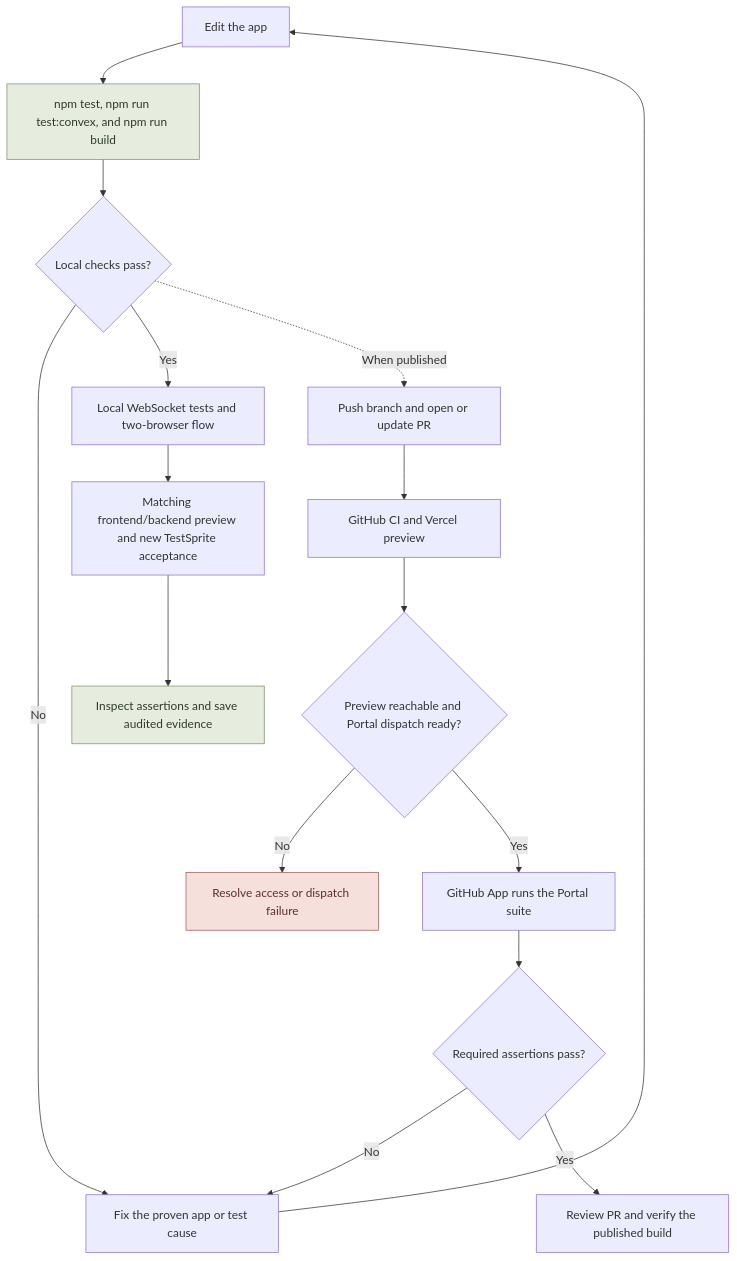
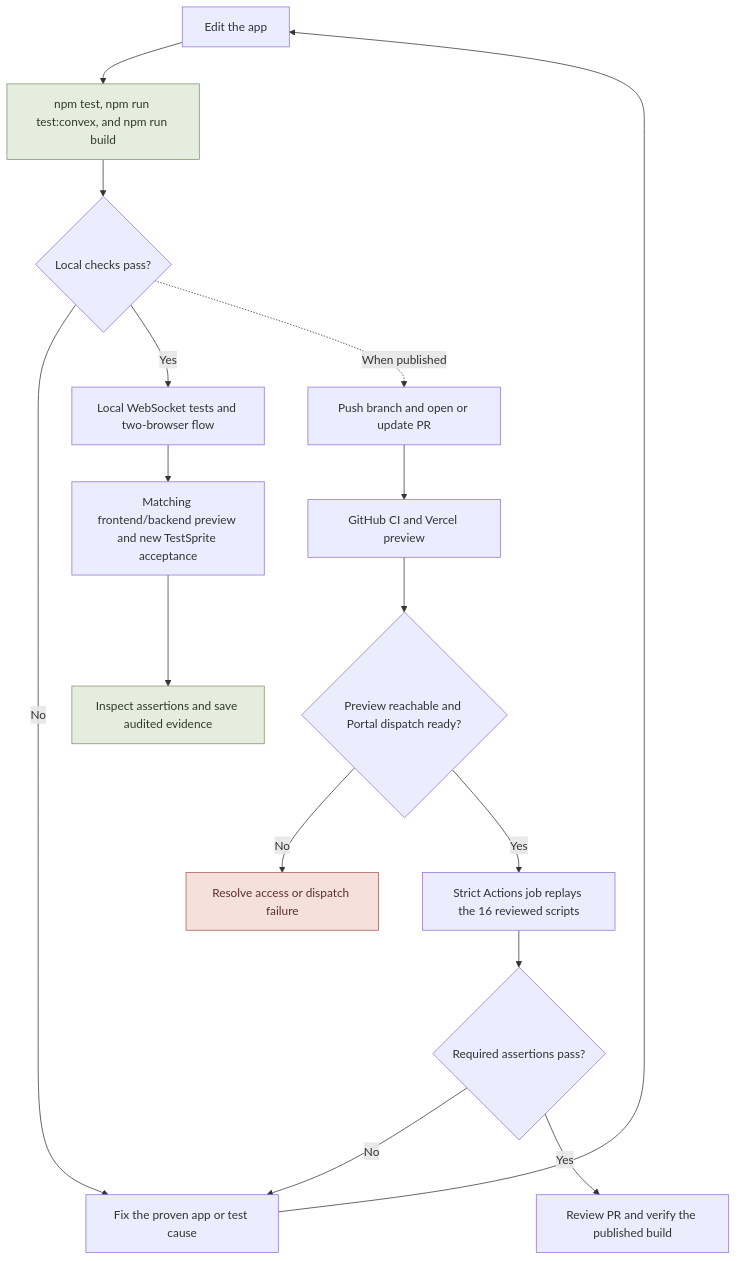
One commit to Davidson3556/Paperwild changed the fourth of 4 diagrams in README.md. Above: the diagram before and after it, drawn with Mermaid. The commit also changed other lines of this file and 9 other files, not shown here.

Commit message:
Run reviewed TestSprite scripts on the exact PR preview

````diff
--- a/README.md
+++ b/README.md
@@ -320,23 +322,23 @@
 ```mermaid
 flowchart TD
     changes["Edit the app"] --> localChecks["npm test, npm run test:convex, and npm run build"]
     localChecks --> localPass{"Local checks pass?"}
     localPass -->|"No"| correction["Fix the proven app or test cause"]
     correction --> changes
     localPass -->|"Yes"| live["Local WebSocket tests and two-browser flow"]
     live --> native["Matching frontend/backend preview and new TestSprite acceptance"]
     native --> audit["Inspect assertions and save audited evidence"]
     localPass -.->|"When published"| pullRequest["Push branch and open or update PR"]
     pullRequest --> hosting["GitHub CI and Vercel preview"]
     hosting --> portalReady{"Preview reachable and Portal dispatch ready?"}
     portalReady -->|"No"| blocked["Resolve access or dispatch failure"]
-    portalReady -->|"Yes"| portal["GitHub App runs the Portal suite"]
+    portalReady -->|"Yes"| portal["Strict Actions job replays the 16 reviewed scripts"]
     portal --> acceptance{"Required assertions pass?"}
     acceptance -->|"No"| correction
     acceptance -->|"Yes"| release["Review PR and verify the published build"]
 
     classDef checked fill:#e6eddf,stroke:#7e916c,color:#2f3b29
     classDef attention fill:#f6e0dc,stroke:#a55c53,color:#5a302c
     class localChecks,audit checked
     class blocked attention
 ```
````
